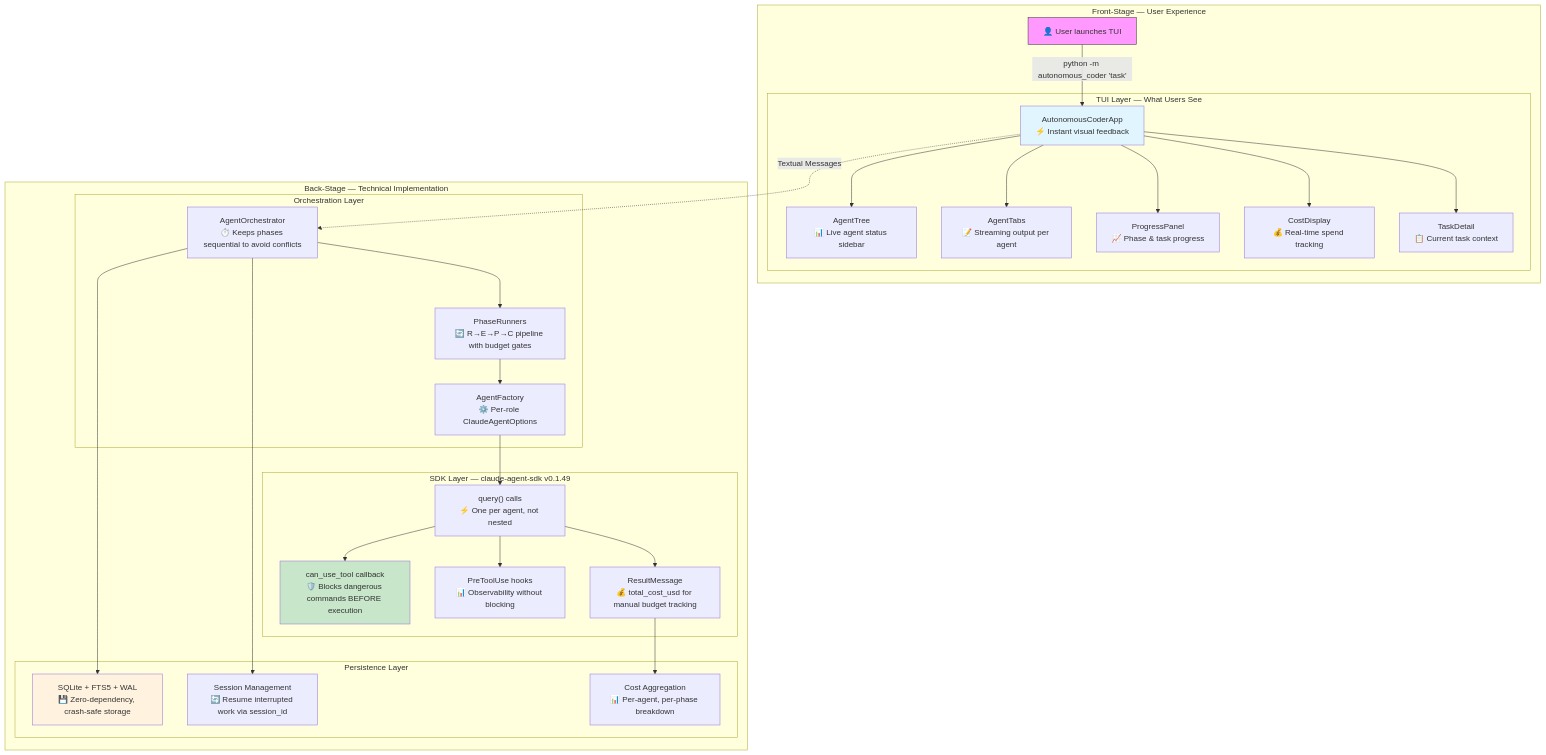
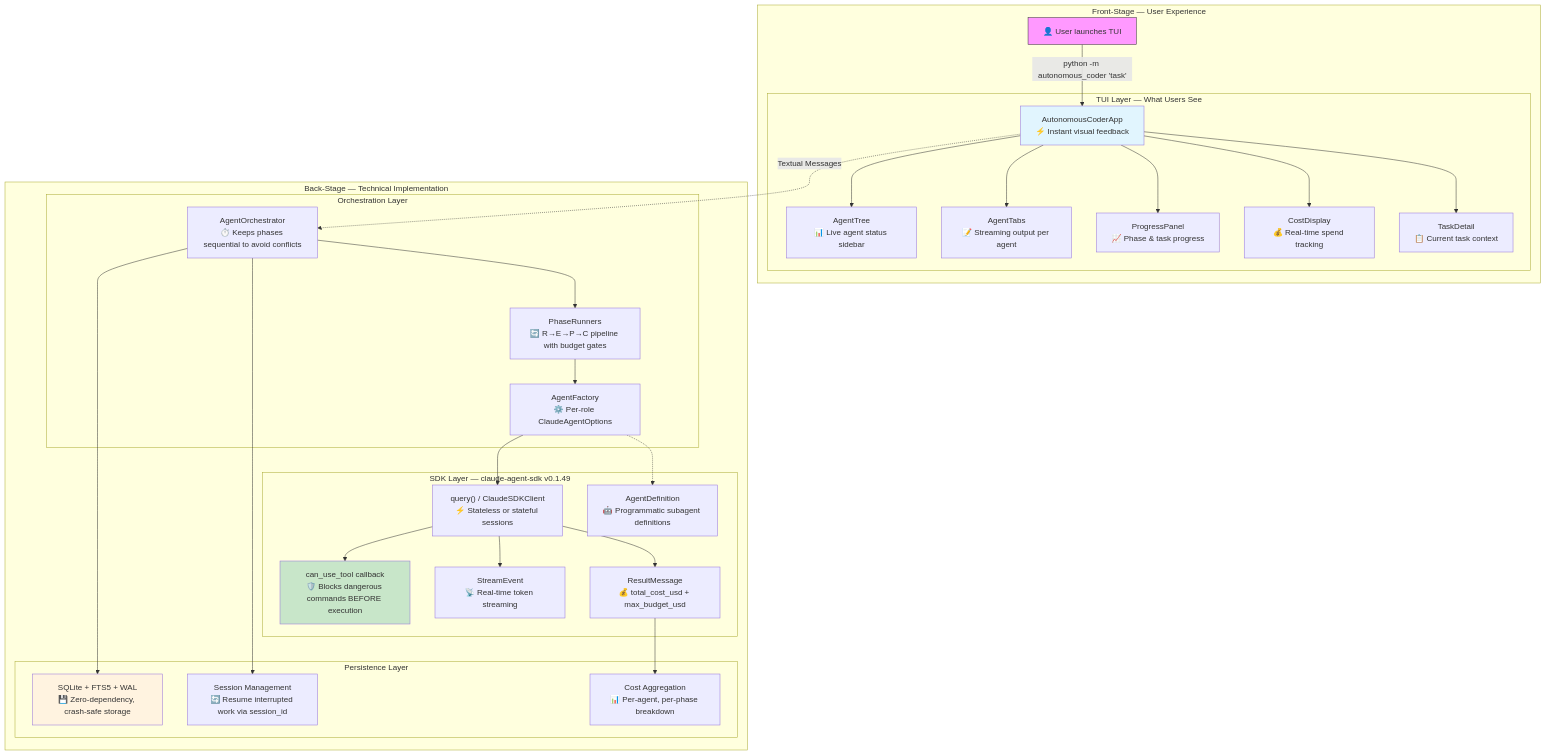
The diagram in ai/diagrams/architecture/arch-system-overview.md (krzemienski/autonomous-coder), drawn with Mermaid before and after one commit. The commit also changed other lines of this file and 8 other files, not shown here.

First line of the commit message:
docs: update all documentation to reflect verified claude-agent-sdk v0.1.49 API

````diff
--- a/ai/diagrams/architecture/arch-system-overview.md
+++ b/ai/diagrams/architecture/arch-system-overview.md
@@ -18,50 +18,52 @@
 ```mermaid
 graph TB
     subgraph "Front-Stage — User Experience"
         U[👤 User launches TUI]
         U --> |"python -m autonomous_coder 'task'"| APP
 
         subgraph "TUI Layer — What Users See"
             APP[AutonomousCoderApp<br/>⚡ Instant visual feedback]
             AT[AgentTree<br/>📊 Live agent status sidebar]
             TABS[AgentTabs<br/>📝 Streaming output per agent]
             PROG[ProgressPanel<br/>📈 Phase & task progress]
             COST[CostDisplay<br/>💰 Real-time spend tracking]
             TD[TaskDetail<br/>📋 Current task context]
         end
 
         APP --> AT & TABS & PROG & COST & TD
     end
 
     subgraph "Back-Stage — Technical Implementation"
         subgraph "Orchestration Layer"
             ORCH[AgentOrchestrator<br/>⏱️ Keeps phases sequential to avoid conflicts]
             PR[PhaseRunners<br/>🔄 R→E→P→C pipeline with budget gates]
             AF[AgentFactory<br/>⚙️ Per-role ClaudeAgentOptions]
         end
 
         subgraph "SDK Layer — claude-agent-sdk v0.1.49"
-            Q["query() calls<br/>⚡ One per agent, not nested"]
+            Q["query() / ClaudeSDKClient<br/>⚡ Stateless or stateful sessions"]
             CUT["can_use_tool callback<br/>🛡️ Blocks dangerous commands BEFORE execution"]
-            HOOKS["PreToolUse hooks<br/>📊 Observability without blocking"]
-            RM["ResultMessage<br/>💰 total_cost_usd for manual budget tracking"]
+            SE["StreamEvent<br/>📡 Real-time token streaming"]
+            RM["ResultMessage<br/>💰 total_cost_usd + max_budget_usd"]
+            AD["AgentDefinition<br/>🤖 Programmatic subagent definitions"]
         end
 
         subgraph "Persistence Layer"
             SQL["SQLite + FTS5 + WAL<br/>💾 Zero-dependency, crash-safe storage"]
             SESS["Session Management<br/>🔄 Resume interrupted work via session_id"]
             COSTDB["Cost Aggregation<br/>📊 Per-agent, per-phase breakdown"]
         end
     end
 
     APP -.->|"Textual Messages"| ORCH
     ORCH --> PR --> AF --> Q
-    Q --> CUT & HOOKS
+    Q --> CUT & SE
     Q --> RM --> COSTDB
+    AF -.-> AD
     ORCH --> SQL & SESS
 
     style U fill:#f9f,stroke:#333
     style APP fill:#e1f5fe
     style CUT fill:#c8e6c9
     style SQL fill:#fff3e0
 ```
````
